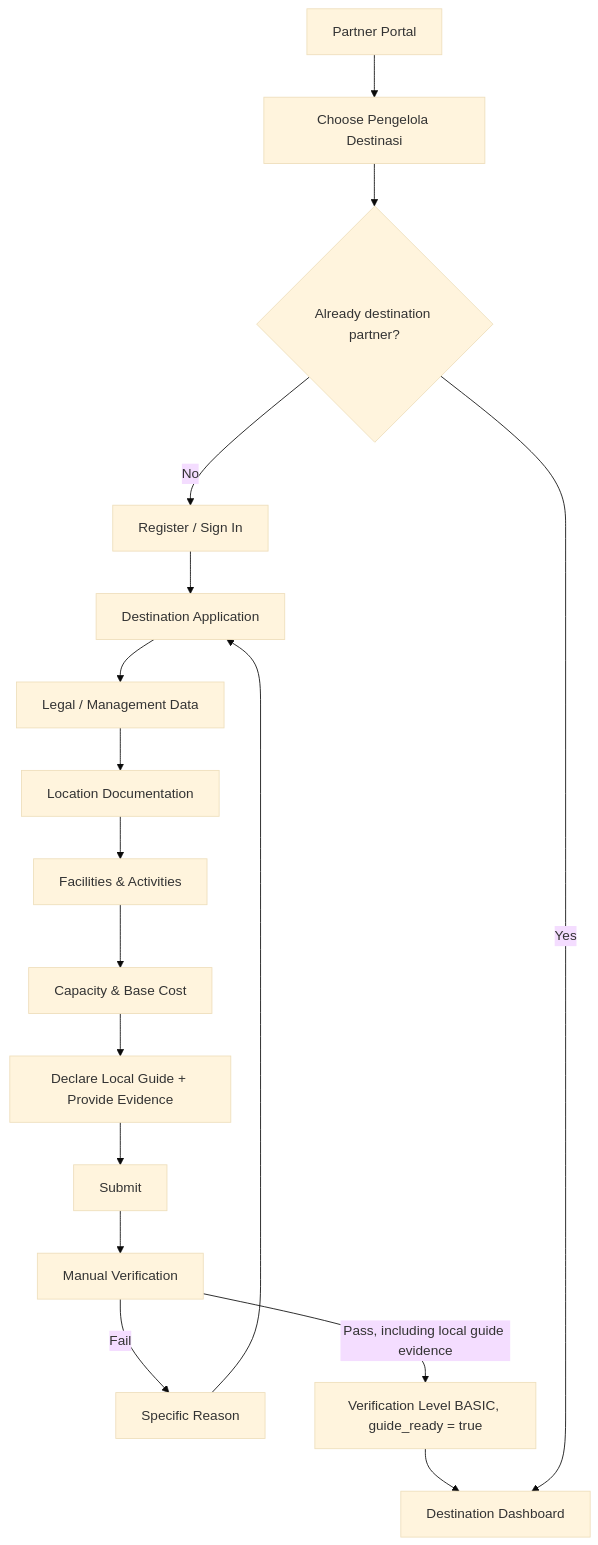
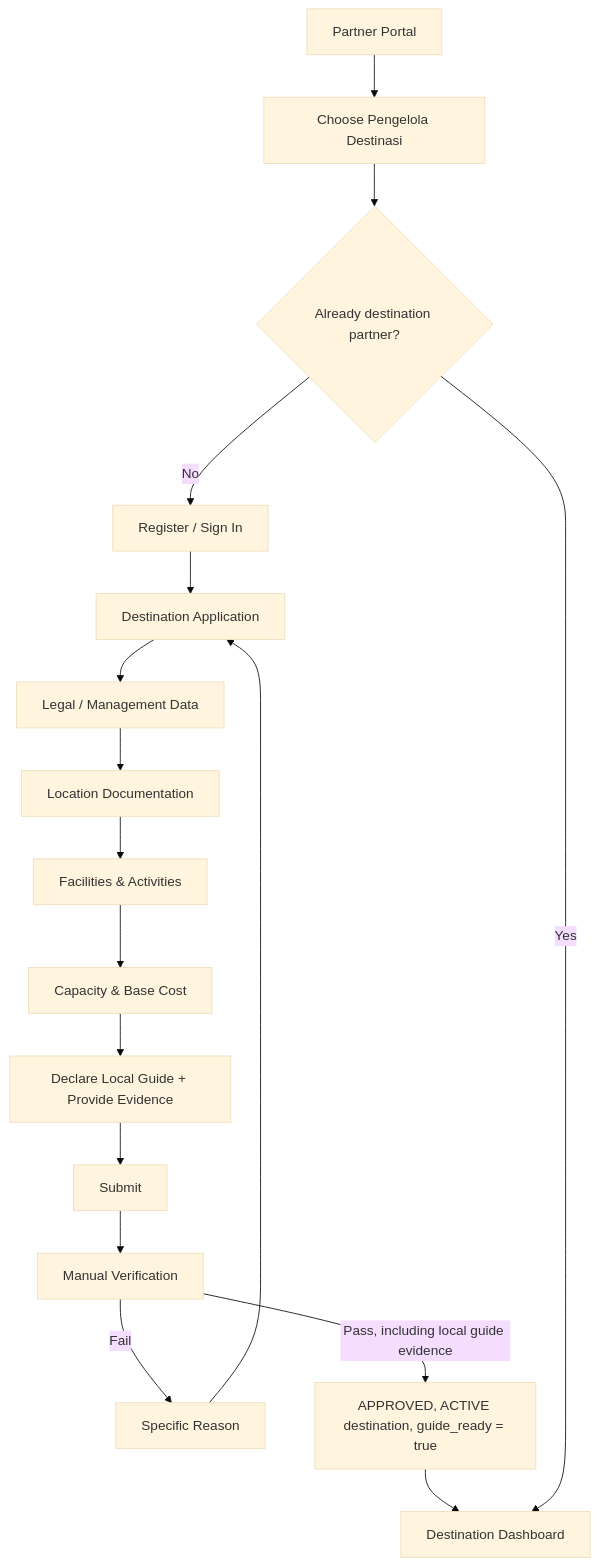
One commit to Vluuuu/JedaIn changed diagram 15 of 26 in docs/SYSTEM_FLOW.md. Above: the diagram before and after it, drawn with Mermaid (base theme). The commit also changed other lines of this file and 63 other files, not shown here.

````diff
--- a/docs/SYSTEM_FLOW.md
+++ b/docs/SYSTEM_FLOW.md
@@ -486,23 +490,23 @@
 ```mermaid
 flowchart TD
     A[Partner Portal] --> B[Choose Pengelola Destinasi]
     B --> C{Already destination partner?}
 
     C -- No --> D[Register / Sign In]
     D --> E[Destination Application]
     E --> F[Legal / Management Data]
     F --> G[Location Documentation]
     G --> H[Facilities & Activities]
     H --> I[Capacity & Base Cost]
     I --> J[Declare Local Guide + Provide Evidence]
     J --> K[Submit]
     K --> L[Manual Verification]
 
     L -- Fail --> M[Specific Reason]
     M --> E
 
-    L -- Pass, including local guide evidence --> N[Verification Level BASIC, guide_ready = true]
+    L -- Pass, including local guide evidence --> N[APPROVED, ACTIVE destination, guide_ready = true]
     N --> R[Destination Dashboard]
 
     C -- Yes --> R
 ```
````
